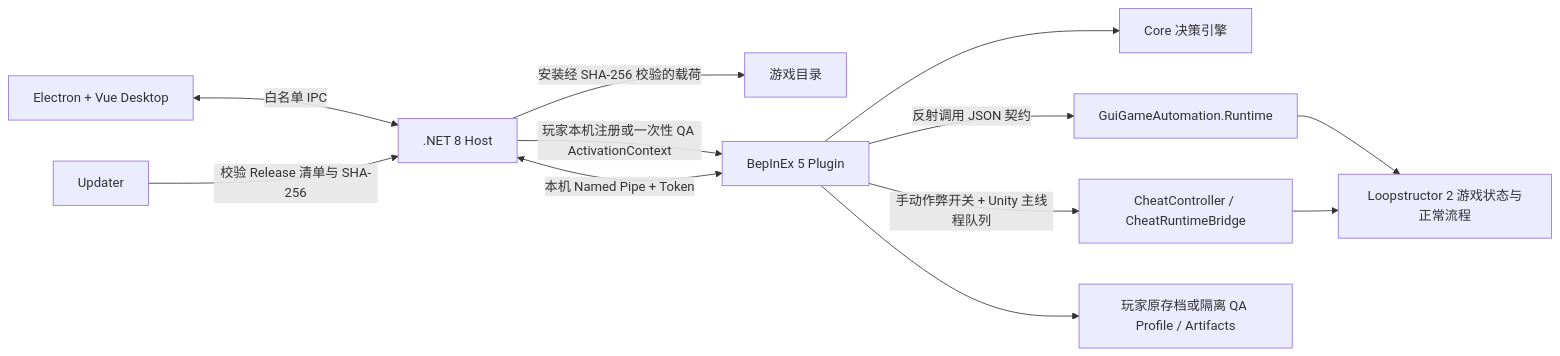
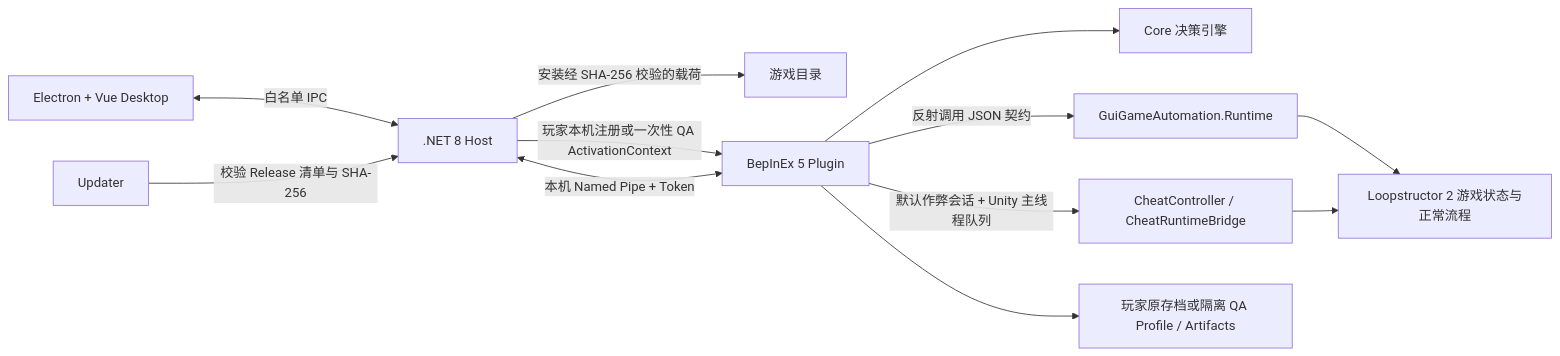
One commit to yingyu4451/Loopstructor-2-AutoPlayer changed the diagram in docs/architecture.md. Above: the diagram before and after it, drawn with Mermaid. The commit also changed other lines of this file and 20 other files, not shown here.

````diff
--- a/docs/architecture.md
+++ b/docs/architecture.md
@@ -9,14 +9,14 @@
 ```mermaid
 flowchart LR
     D["Electron + Vue Desktop"] <-->|"白名单 IPC"| M[".NET 8 Host"]
     M -->|"安装经 SHA-256 校验的载荷"| G["游戏目录"]
     M -->|"玩家本机注册或一次性 QA ActivationContext"| P["BepInEx 5 Plugin"]
     M <-->|"本机 Named Pipe + Token"| P
     P --> C["Core 决策引擎"]
     P -->|"反射调用 JSON 契约"| R["GuiGameAutomation.Runtime"]
     R --> S["Loopstructor 2 游戏状态与正常流程"]
-    P -->|"手动作弊开关 + Unity 主线程队列"| H["CheatController / CheatRuntimeBridge"]
+    P -->|"默认作弊会话 + Unity 主线程队列"| H["CheatController / CheatRuntimeBridge"]
     H --> S
     P --> Q["玩家原存档或隔离 QA Profile / Artifacts"]
     U["Updater"] -->|"校验 Release 清单与 SHA-256"| M
 ```
````
